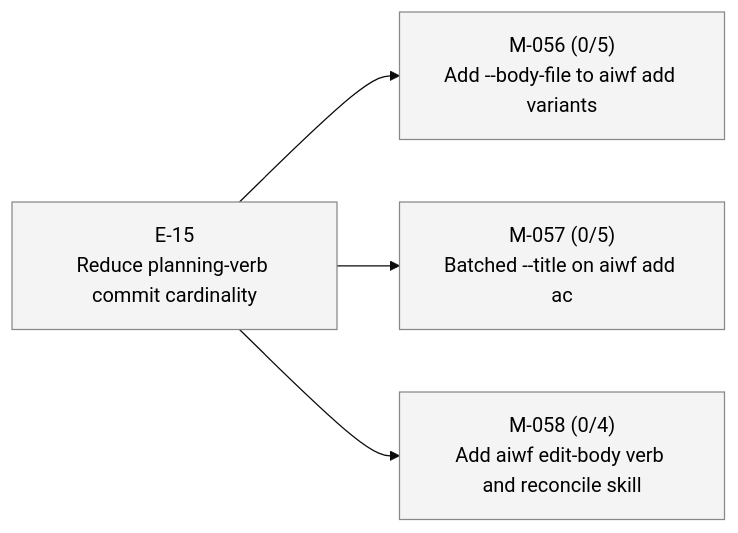
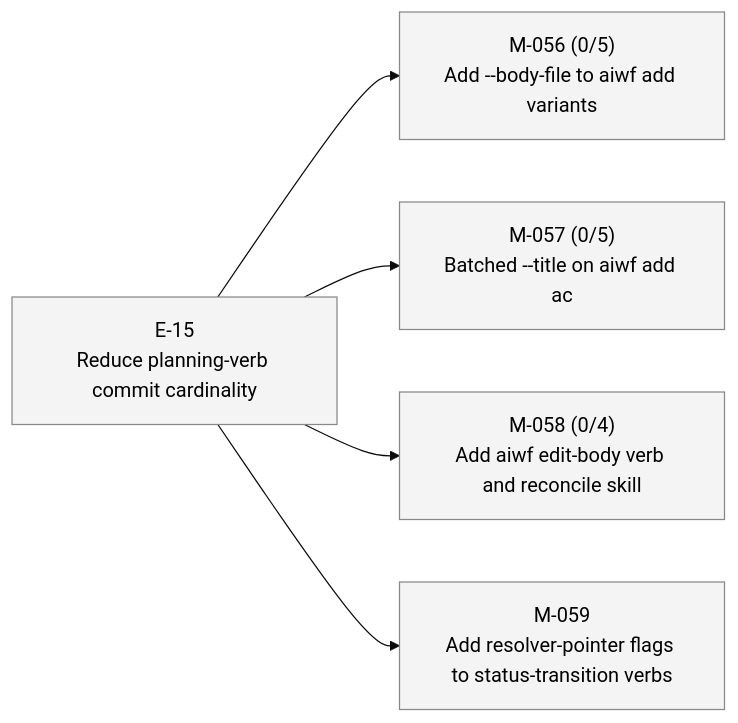
Before and after one commit to 23min/aiwf: the third of 3 diagrams in STATUS.md, drawn with Mermaid (base theme). The commit also changed other lines of this file and 1 other file, not shown here.

First line of the commit message:
aiwf add milestone M-059 "Add resolver-pointer flags to status-transition verbs"

````diff
--- a/STATUS.md
+++ b/STATUS.md
@@ -69,16 +70,18 @@
 ```mermaid
 flowchart LR
   E_15["E-15<br/>Reduce planning-verb commit cardinality"]:::epic_proposed
   M_056["M-056 (0/5)<br/>Add --body-file to aiwf add variants"]:::ms_draft
   E_15 --> M_056
   M_057["M-057 (0/5)<br/>Batched --title on aiwf add ac"]:::ms_draft
   E_15 --> M_057
   M_058["M-058 (0/4)<br/>Add aiwf edit-body verb and reconcile skill"]:::ms_draft
   E_15 --> M_058
+  M_059["M-059<br/>Add resolver-pointer flags to status-transition verbs"]:::ms_draft
+  E_15 --> M_059
   classDef epic_active fill:#d6eaff,stroke:#1a73e8,color:#000
   classDef epic_proposed fill:#f4f4f4,stroke:#888,color:#000
   classDef ms_done fill:#d8f5d8,stroke:#2a8a2a,color:#000
   classDef ms_in_progress fill:#fff3c4,stroke:#caa400,color:#000
   classDef ms_draft fill:#f4f4f4,stroke:#888,color:#000
   classDef ms_cancelled fill:#fbeaea,stroke:#c33,color:#000
 ```
````
